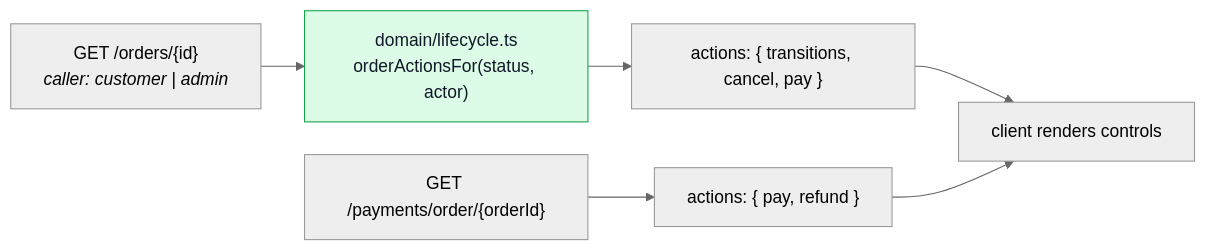
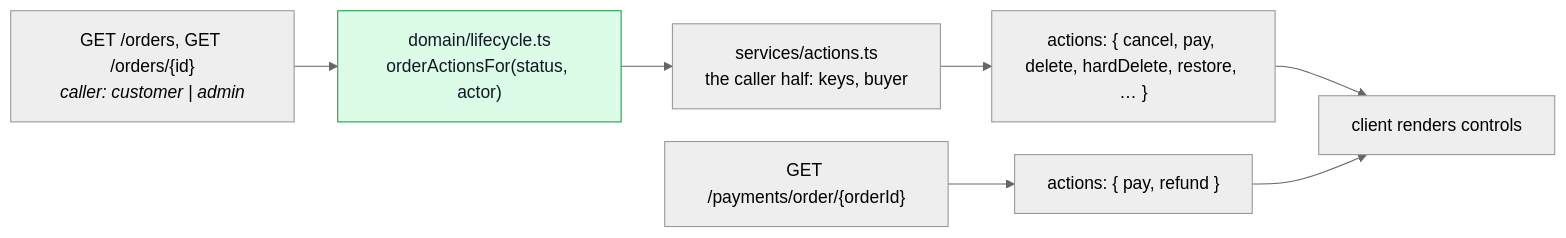
Before and after one commit to Guebbit/boilerplate-node-backend: the seventh of 12 diagrams in docs/theory/tactical-ddd.md, drawn with Mermaid (neutral theme). The commit also changed other lines of this file and 25 other files, not shown here.

````diff
--- a/docs/theory/tactical-ddd.md
+++ b/docs/theory/tactical-ddd.md
@@ -312,12 +312,13 @@
 ```mermaid
 %%{init: {'flowchart': {'nodeSpacing': 30, 'rankSpacing': 40}}}%%
 flowchart LR
-    REQ["GET /orders/{id}<br/><i>caller: customer | admin</i>"] --> L["domain/lifecycle.ts<br/>orderActionsFor(status, actor)"]
-    L --> A["actions: { transitions, cancel, pay }"]
+    REQ["GET /orders, GET /orders/{id}<br/><i>caller: customer | admin</i>"] --> L["domain/lifecycle.ts<br/>orderActionsFor(status, actor)"]
+    L --> C["services/actions.ts<br/>the caller half: keys, buyer"]
+    C --> A["actions: { cancel, pay, delete, hardDelete, restore, … }"]
     REQ2["GET /payments/order/{orderId}"] --> PA["actions: { pay, refund }"]
     A --> UI["client renders controls"]
     PA --> UI
 
     classDef pure fill:#dcfce7,stroke:#16a34a,color:#111827;
     class L pure;
 ```
````
